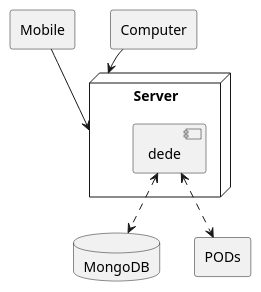
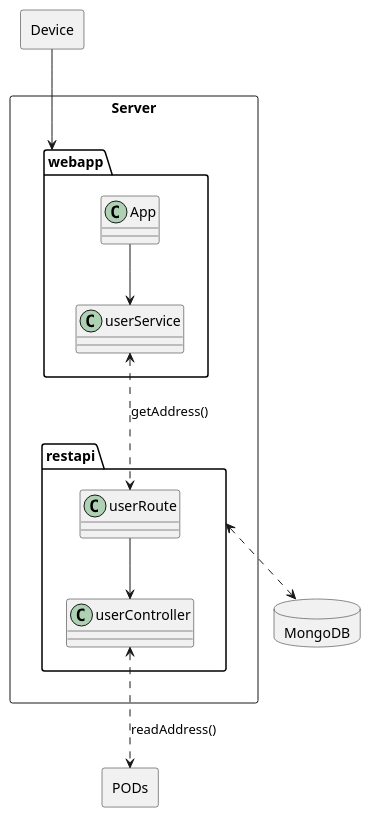
Before and after one commit to Arquisoft/Arquisoft-dede_es_04a: the diagram in docs/07_deployment_view.adoc, drawn with PlantUML.

Commit message:
esquema actualizado

```diff
--- a/docs/07_deployment_view.adoc
+++ b/docs/07_deployment_view.adoc
@@ -8,17 +8,26 @@
 [plantuml,"DeploymentView",png]
 ----
 @startuml
-node "Server" {
-    [dede]
+allowmixing
+Rectangle Server{
+    package restapi{
+       class userController
+       class userRoute
+    }
+    package webapp{
+       class userService
+       class App
+    }
  }
 database MongoDB
-rectangle Mobile
-rectangle Computer
+rectangle Device
 rectangle PODs
 
-Mobile --> Server
-Computer --> Server
-[dede] <..> MongoDB
-[dede] <..> PODs
+App --> userService
+userService <..> userRoute : getAddress()
+userRoute--> userController
+Device --> webapp
+restapi <..> MongoDB
+userController <..> PODs : readAddress()
 @enduml
 ----
```
